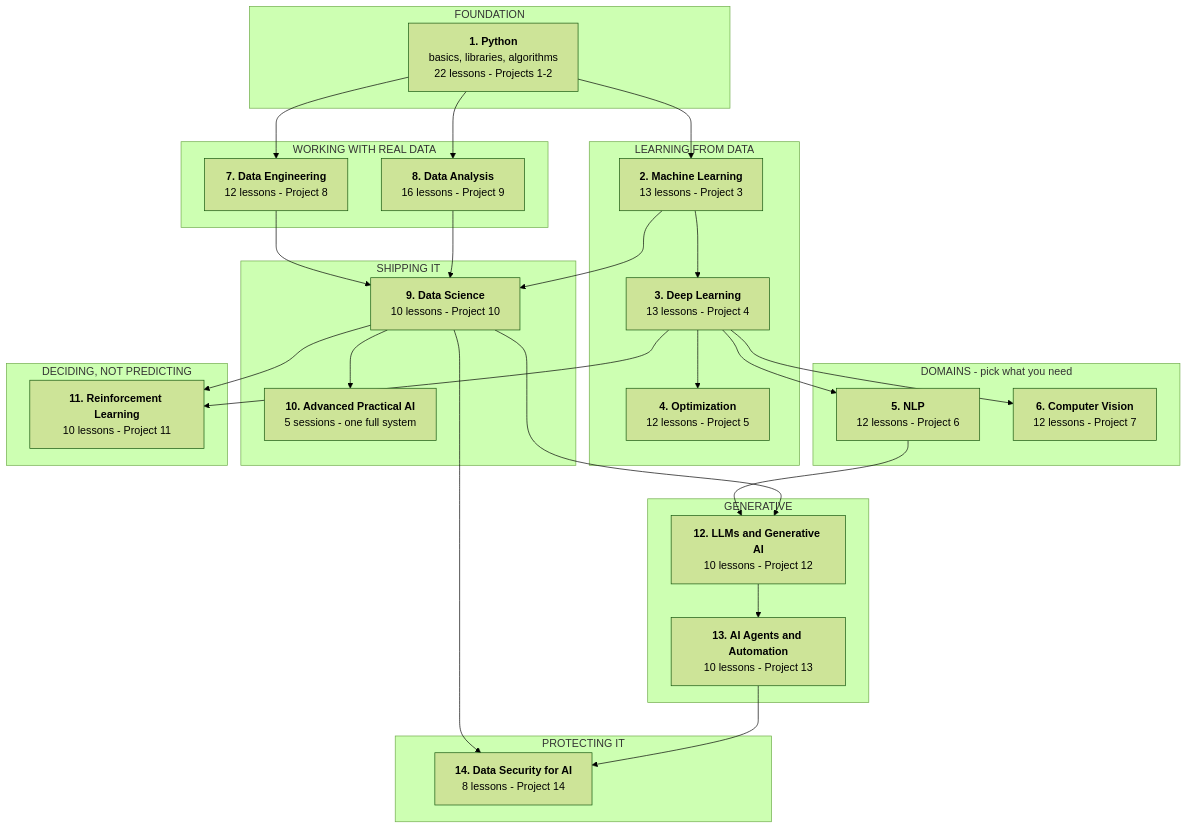
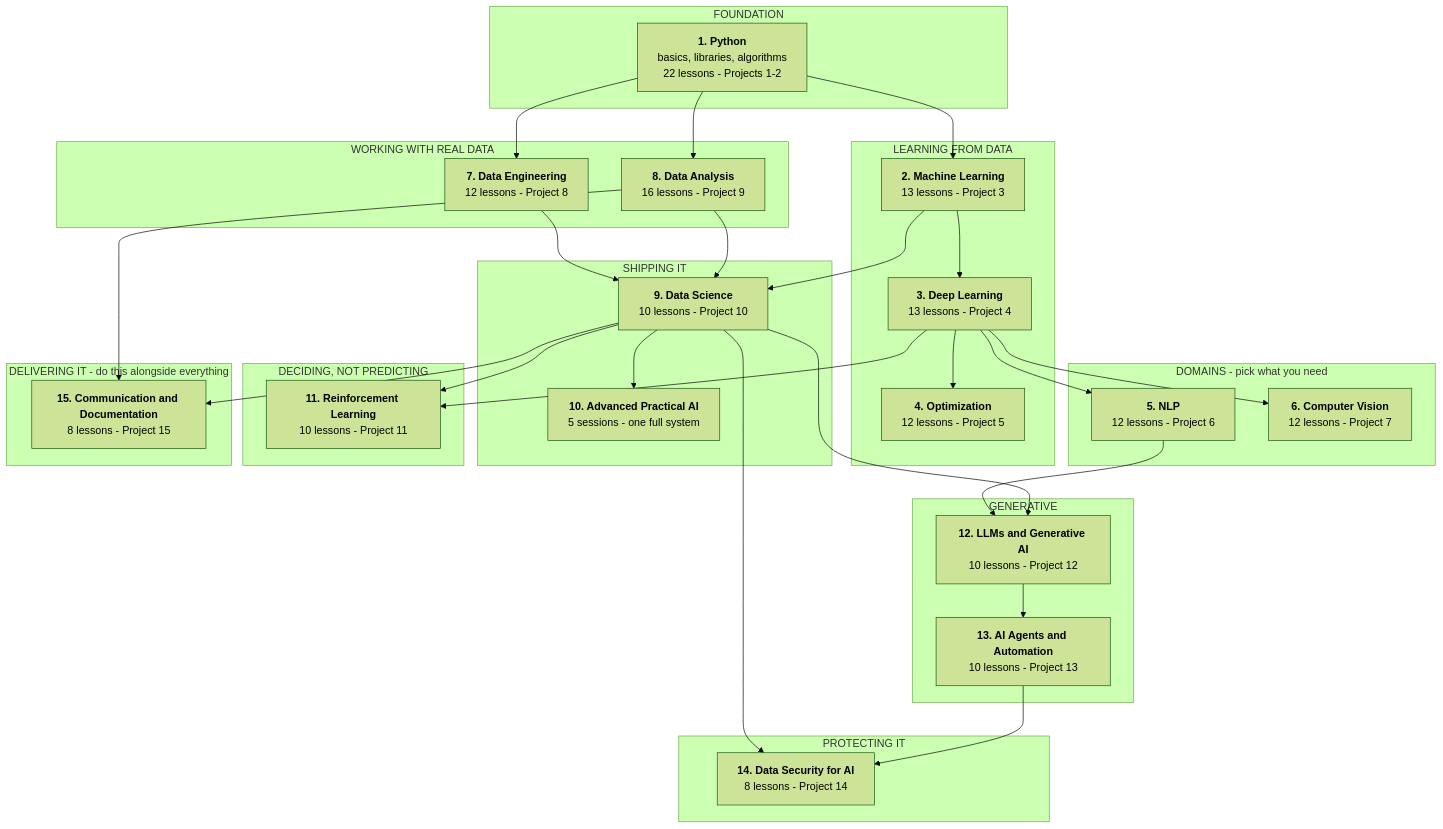
The diagram in README.md (Tayel-Ai-Labs-Courses/Advanced-AI), drawn with Mermaid (forest theme) before and after one commit. The commit also changed other lines of this file and 20 other files, not shown here.

First line of the commit message:
Add Communication and Documentation course with Project 15

````diff
--- a/README.md
+++ b/README.md
@@ -14,50 +14,55 @@
 ```mermaid
 flowchart TD
     subgraph P0["FOUNDATION"]
         A["<b>1. Python</b><br/>basics, libraries, algorithms<br/>22 lessons - Projects 1-2"]
     end
     subgraph P1["LEARNING FROM DATA"]
         B["<b>2. Machine Learning</b><br/>13 lessons - Project 3"]
         C["<b>3. Deep Learning</b><br/>13 lessons - Project 4"]
         D["<b>4. Optimization</b><br/>12 lessons - Project 5"]
     end
     subgraph P2["DOMAINS - pick what you need"]
         E["<b>5. NLP</b><br/>12 lessons - Project 6"]
         F["<b>6. Computer Vision</b><br/>12 lessons - Project 7"]
     end
     subgraph P3["WORKING WITH REAL DATA"]
         G["<b>7. Data Engineering</b><br/>12 lessons - Project 8"]
         H["<b>8. Data Analysis</b><br/>16 lessons - Project 9"]
     end
     subgraph P4["SHIPPING IT"]
         I["<b>9. Data Science</b><br/>10 lessons - Project 10"]
         J["<b>10. Advanced Practical AI</b><br/>5 sessions - one full system"]
     end
     subgraph P5["DECIDING, NOT PREDICTING"]
         K["<b>11. Reinforcement Learning</b><br/>10 lessons - Project 11"]
     end
     subgraph P6["GENERATIVE"]
         L["<b>12. LLMs and Generative AI</b><br/>10 lessons - Project 12"]
         M["<b>13. AI Agents and Automation</b><br/>10 lessons - Project 13"]
     end
     subgraph P7["PROTECTING IT"]
         N["<b>14. Data Security for AI</b><br/>8 lessons - Project 14"]
     end
+    subgraph P8["DELIVERING IT - do this alongside everything"]
+        O["<b>15. Communication and Documentation</b><br/>8 lessons - Project 15"]
+    end
 
     A --> B --> C --> D
     C --> E
     C --> F
     A --> G
     A --> H
     B --> I
     G --> I
     H --> I
     I --> J
     C --> K
     I --> K
     E --> L
     I --> L
     L --> M
     I --> N
     M --> N
+    I --> O
+    H --> O
 ```
````
